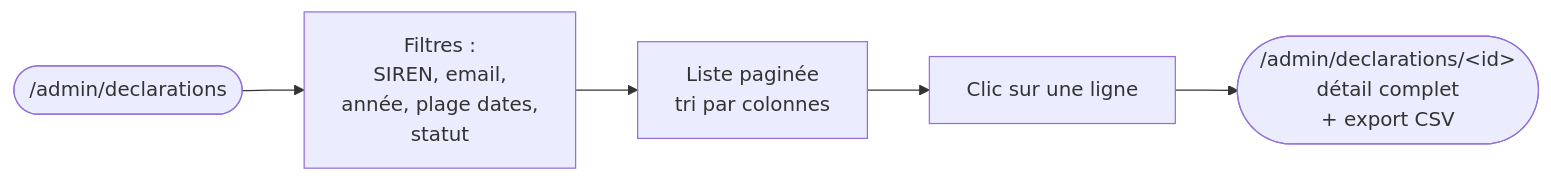
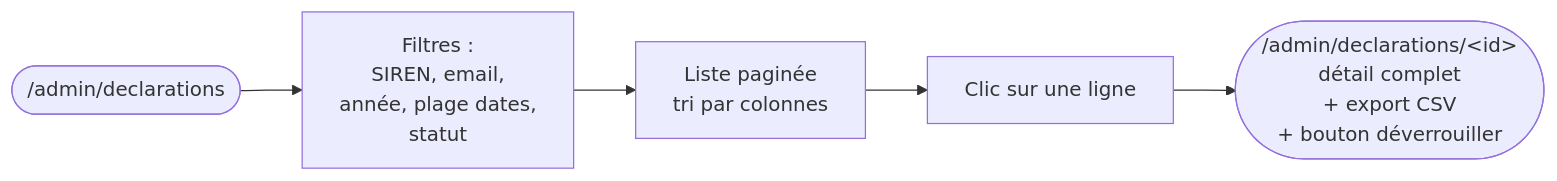
One commit to SocialGouv/egapro changed the ninth of 11 diagrams in docs/parcours-utilisateurs.md. Above: the diagram before and after it, drawn with Mermaid. The commit also changed other lines of this file and 97 other files, not shown here.

````diff
--- a/docs/parcours-utilisateurs.md
+++ b/docs/parcours-utilisateurs.md
@@ -404,7 +441,7 @@
 ```mermaid
 flowchart LR
     A([/admin/declarations]) --> B[Filtres :<br/>SIREN, email,<br/>année, plage dates,<br/>statut]
     B --> C[Liste paginée<br/>tri par colonnes]
     C --> D[Clic sur une ligne]
-    D --> E([/admin/declarations/&lt;id&gt;<br/>détail complet<br/>+ export CSV])
+    D --> E([/admin/declarations/&lt;id&gt;<br/>détail complet<br/>+ export CSV<br/>+ bouton déverrouiller])
 ```
````
